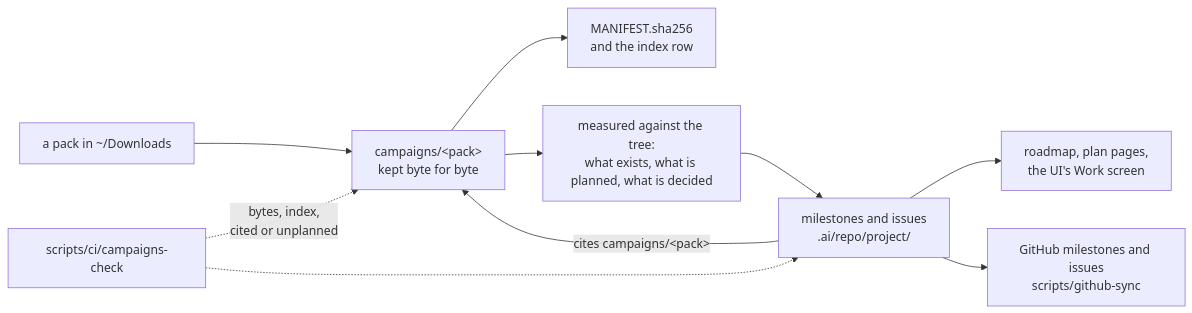
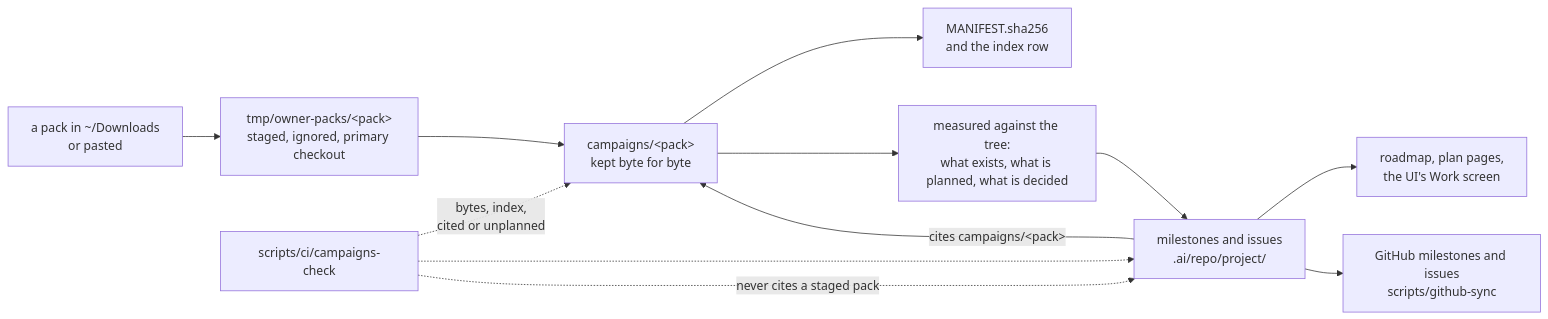
One commit to korczis/prismatic-majordomus changed the diagram in docs/OWNER_PACKS.md. Above: the diagram before and after it, drawn with Mermaid. The commit also changed other lines of this file and 192 other files, not shown here.

First line of the commit message:
feat(ci): a pack is staged in tmp/owner-packs and cited only once kept (I4714)

````diff
--- a/docs/OWNER_PACKS.md
+++ b/docs/OWNER_PACKS.md
@@ -21,12 +21,14 @@
 ```mermaid
 flowchart LR
-  zip["a pack in ~/Downloads"] --> kept["campaigns/&lt;pack&gt;<br>kept byte for byte"]
+  zip["a pack in ~/Downloads<br>or pasted"] --> staged["tmp/owner-packs/&lt;pack&gt;<br>staged, ignored, primary checkout"]
+  staged --> kept["campaigns/&lt;pack&gt;<br>kept byte for byte"]
   kept --> manifest["MANIFEST.sha256<br>and the index row"]
   kept --> measured["measured against the tree:<br>what exists, what is planned, what is decided"]
   measured --> records["milestones and issues<br>.ai/repo/project/"]
   records -- "cites campaigns/&lt;pack&gt;" --> kept
   records --> roadmap["roadmap, plan pages,<br>the UI's Work screen"]
   records --> github["GitHub milestones and issues<br>scripts/github-sync"]
   gate["scripts/ci/campaigns-check"] -. "bytes, index,<br>cited or unplanned" .-> kept
   gate -.-> records
+  gate -. "never cites a staged pack" .-> records
 ```
````
